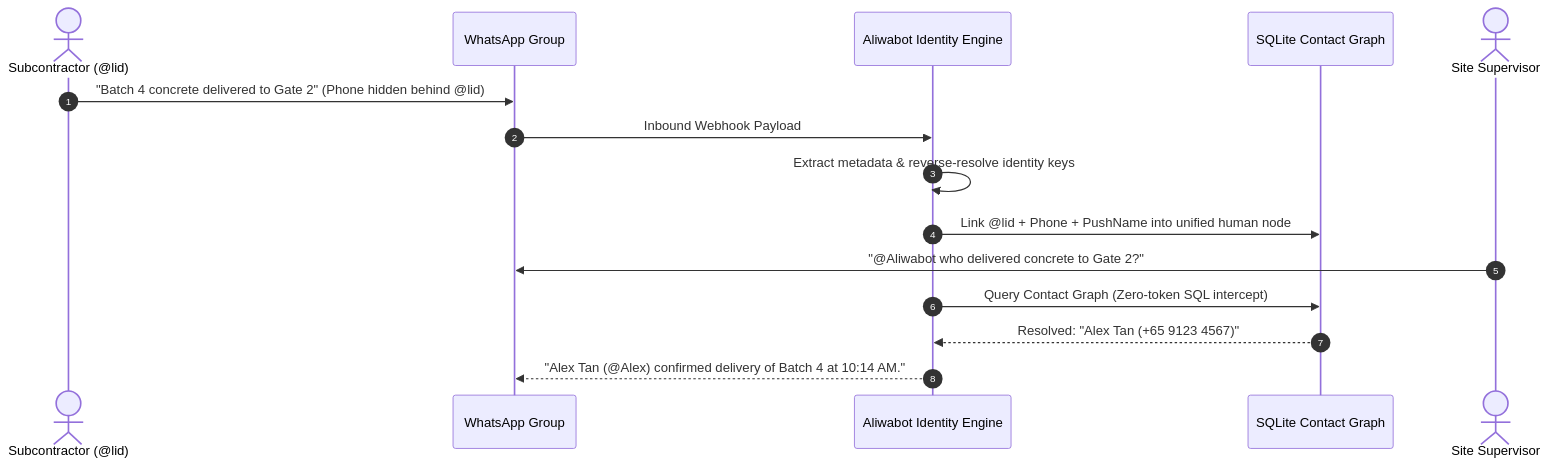
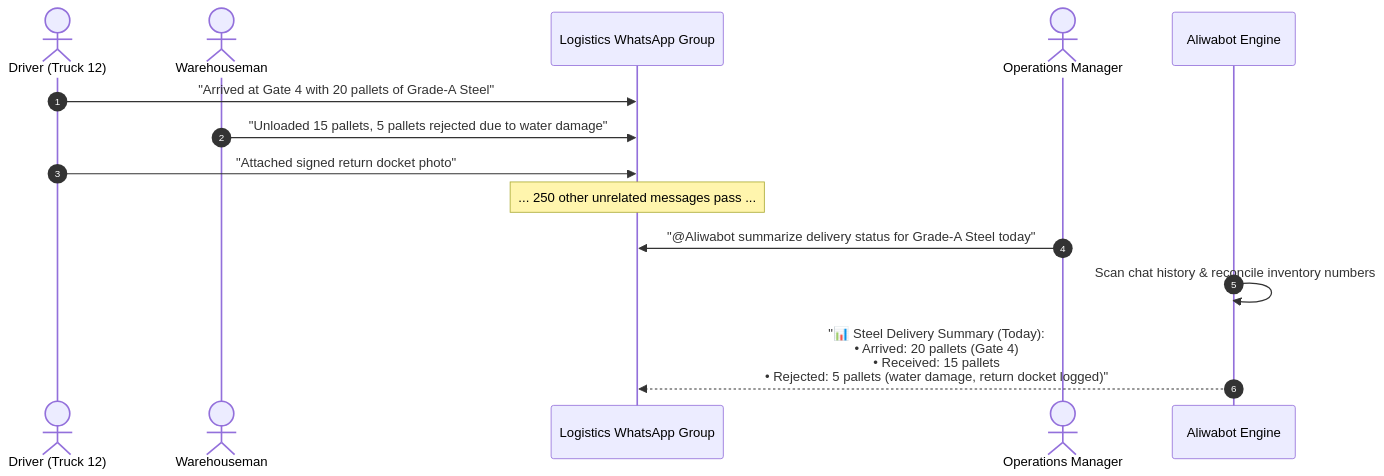
One commit to cripperzprodigy/Aliwabot changed the second of 2 diagrams in README.md. Above: the diagram before and after it, drawn with Mermaid. The commit also changed other lines of this file and 2 other files, not shown here.

Commit message:
docs: overhaul Aliwabot README with proprietary engine framing, multi-industry scenarios, and new visuals

````diff
--- a/README.md
+++ b/README.md
@@ -142,18 +171,17 @@
 ```mermaid
 sequenceDiagram
     autonumber
-    actor Subcontractor as Subcontractor (@lid)
-    participant WA as WhatsApp Group
-    participant Engine as Aliwabot Identity Engine
-    participant DB as SQLite Contact Graph
-    actor Supervisor as Site Supervisor
+    actor Driver as Driver (Truck 12)
+    actor Warehouse as Warehouseman
+    participant Group as Logistics WhatsApp Group
+    actor Manager as Operations Manager
+    participant Bot as Aliwabot Engine
 
-    Subcontractor->>WA: "Batch 4 concrete delivered to Gate 2" (Phone hidden behind @lid)
-    WA->>Engine: Inbound Webhook Payload
-    Engine->>Engine: Extract metadata & reverse-resolve identity keys
-    Engine->>DB: Link @lid + Phone + PushName into unified human node
-    Supervisor->>WA: "@Aliwabot who delivered concrete to Gate 2?"
-    Engine->>DB: Query Contact Graph (Zero-token SQL intercept)
-    DB-->>Engine: Resolved: "Alex Tan (+65 9123 4567)"
-    Engine-->>WA: "Alex Tan (@Alex) confirmed delivery of Batch 4 at 10:14 AM."
+    Driver->>Group: "Arrived at Gate 4 with 20 pallets of Grade-A Steel"
+    Warehouse->>Group: "Unloaded 15 pallets, 5 pallets rejected due to water damage"
+    Driver->>Group: "Attached signed return docket photo"
+    Note over Group: ... 250 other unrelated messages pass ...
+    Manager->>Group: "@Aliwabot summarize delivery status for Grade-A Steel today"
+    Bot->>Bot: Scan chat history & reconcile inventory numbers
+    Bot-->>Group: "📊 Steel Delivery Summary (Today):<br/>• Arrived: 20 pallets (Gate 4)<br/>• Received: 15 pallets<br/>• Rejected: 5 pallets (water damage, return docket logged)"
 ```
````
